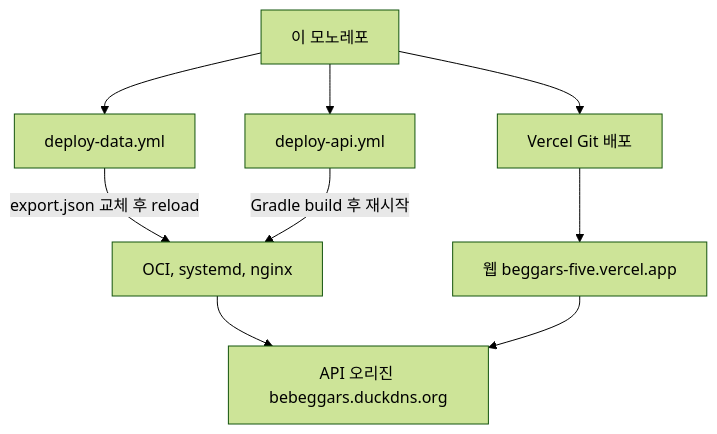
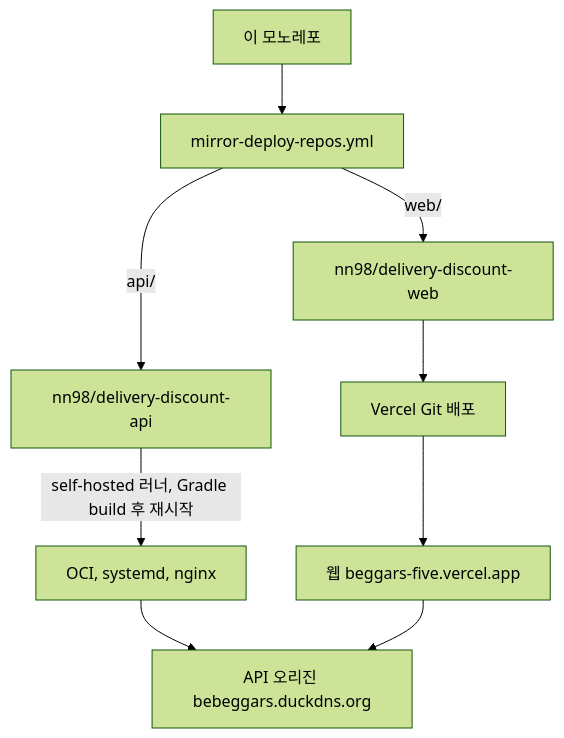
The second of 2 diagrams in docs/PROJECT-STRUCTURE.md (woowacourse-teams/2026-to-discount), drawn with Mermaid (forest theme) before and after one commit. The commit also changed other lines of this file and 113 other files, not shown here.

````diff
--- a/docs/PROJECT-STRUCTURE.md
+++ b/docs/PROJECT-STRUCTURE.md
@@ -261,11 +236,11 @@
 ```mermaid
 flowchart TB
-    repo[이 모노레포] --> dataWorkflow[deploy-data.yml]
-    repo --> apiWorkflow[deploy-api.yml]
-    repo --> vercel[Vercel Git 배포]
-    dataWorkflow -->|export.json 교체 후 reload| oci[OCI, systemd, nginx]
-    apiWorkflow -->|Gradle build 후 재시작| oci
+    repo[이 모노레포] --> mirror[mirror-deploy-repos.yml]
+    mirror -->|web/| webRepo[nn98/delivery-discount-web]
+    mirror -->|api/| apiRepo[nn98/delivery-discount-api]
+    webRepo --> vercel[Vercel Git 배포]
+    apiRepo -->|self-hosted 러너, Gradle build 후 재시작| oci[OCI, systemd, nginx]
     oci --> apiOrigin["API 오리진 bebeggars.duckdns.org"]
     vercel --> site["웹 beggars-five.vercel.app"]
     site --> apiOrigin
 ```
````
